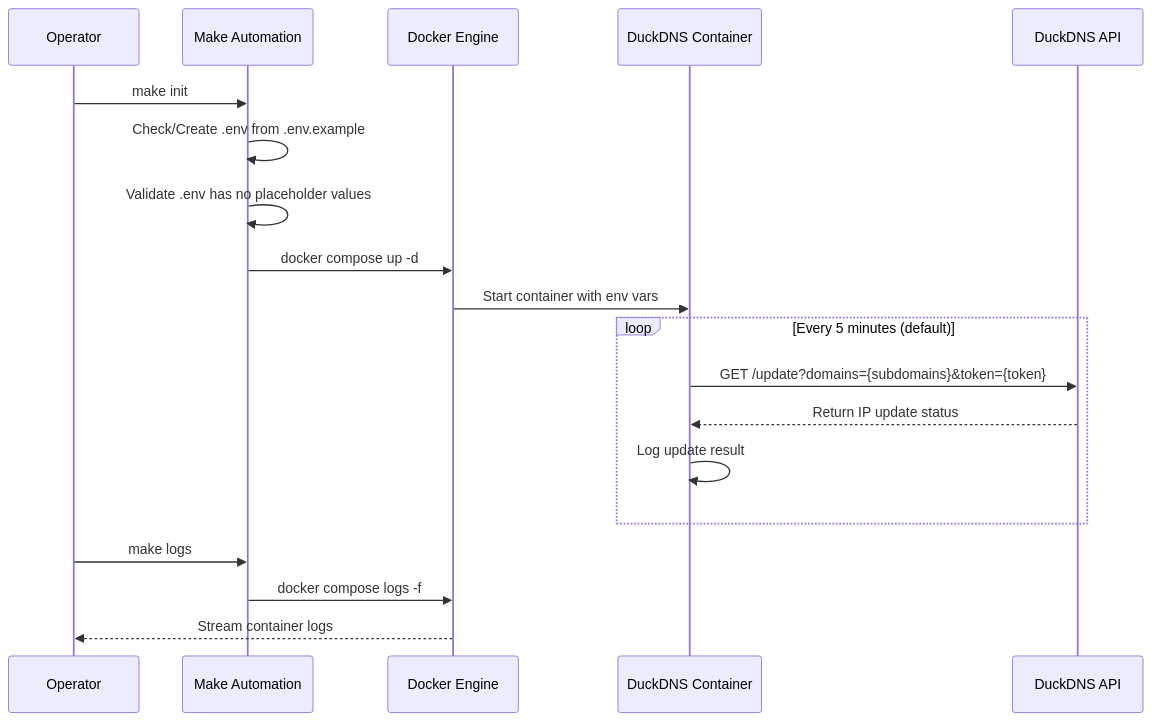
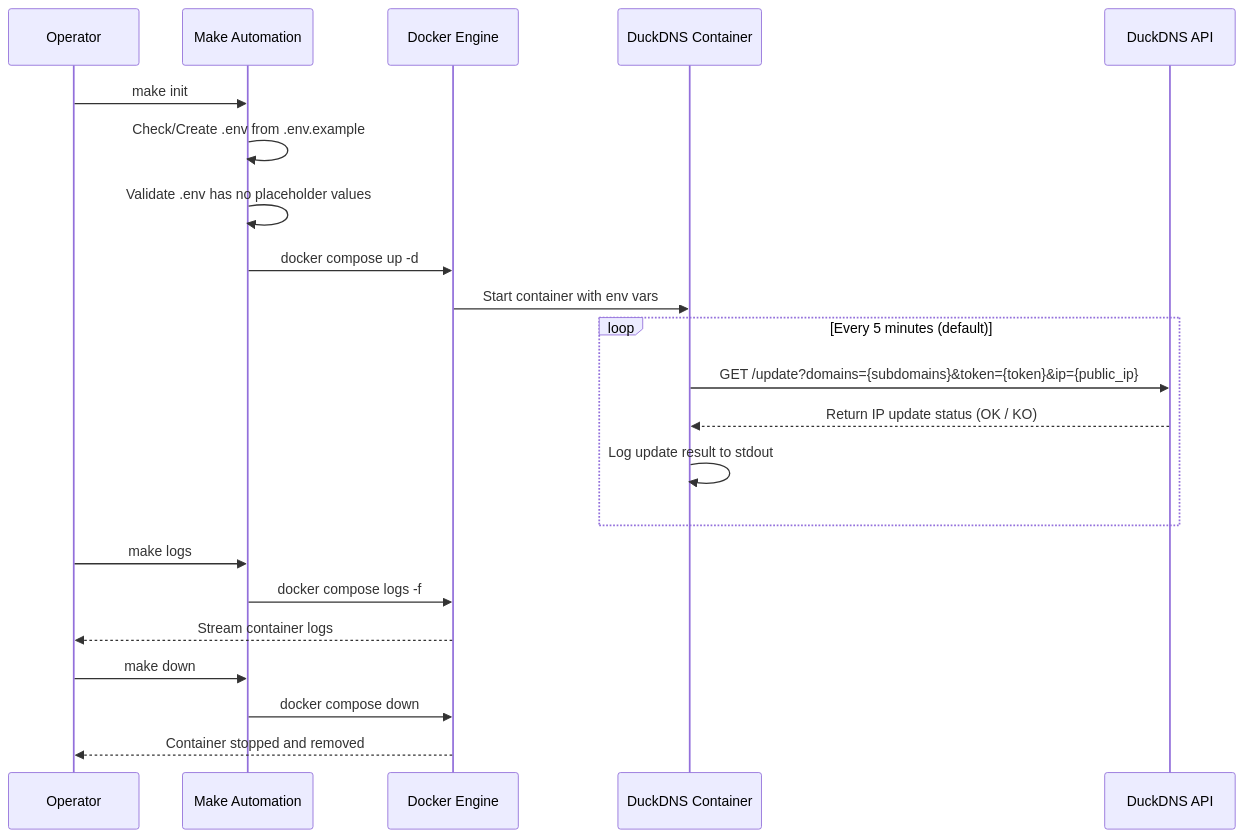
The diagram in duckdns/README.md (Selio30/imagenesDocker), drawn with Mermaid before and after one commit. The commit also changed other lines of this file, not shown here.

Commit message:
[DOCS] Update DuckDNS README with architecture diagrams and detailed specs

````diff
--- a/duckdns/README.md
+++ b/duckdns/README.md
@@ -76,22 +100,25 @@
 ```mermaid
 sequenceDiagram
     participant User as Operator
     participant Makefile as Make Automation
     participant Docker as Docker Engine
     participant Container as DuckDNS Container
     participant DuckDNS as DuckDNS API
-    
+
     User->>Makefile: make init
     Makefile->>Makefile: Check/Create .env from .env.example
     Makefile->>Makefile: Validate .env has no placeholder values
     Makefile->>Docker: docker compose up -d
     Docker->>Container: Start container with env vars
     loop Every 5 minutes (default)
-        Container->>DuckDNS: GET /update?domains={subdomains}&token={token}
-        DuckDNS-->>Container: Return IP update status
-        Container->>Container: Log update result
+        Container->>DuckDNS: GET /update?domains={subdomains}&token={token}&ip={public_ip}
+        DuckDNS-->>Container: Return IP update status (OK / KO)
+        Container->>Container: Log update result to stdout
     end
     User->>Makefile: make logs
     Makefile->>Docker: docker compose logs -f
     Docker-->>User: Stream container logs
+    User->>Makefile: make down
+    Makefile->>Docker: docker compose down
+    Docker-->>User: Container stopped and removed
 ```
````
